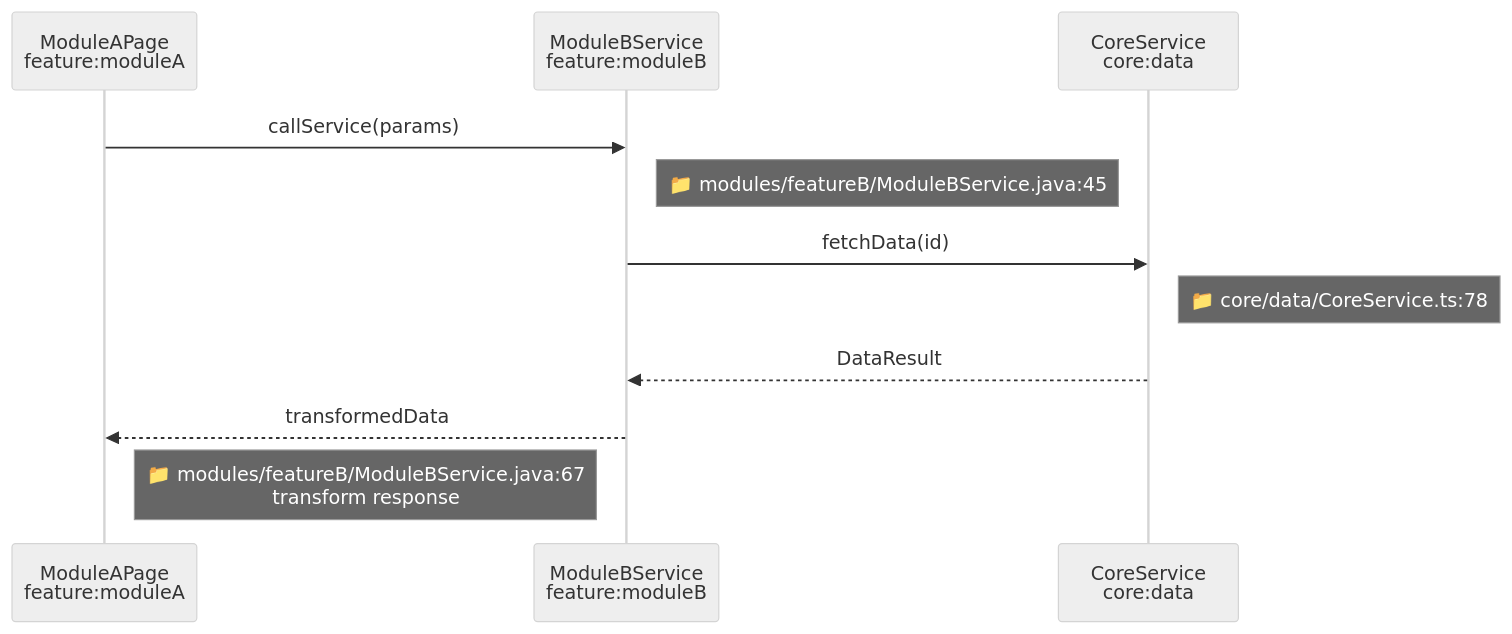
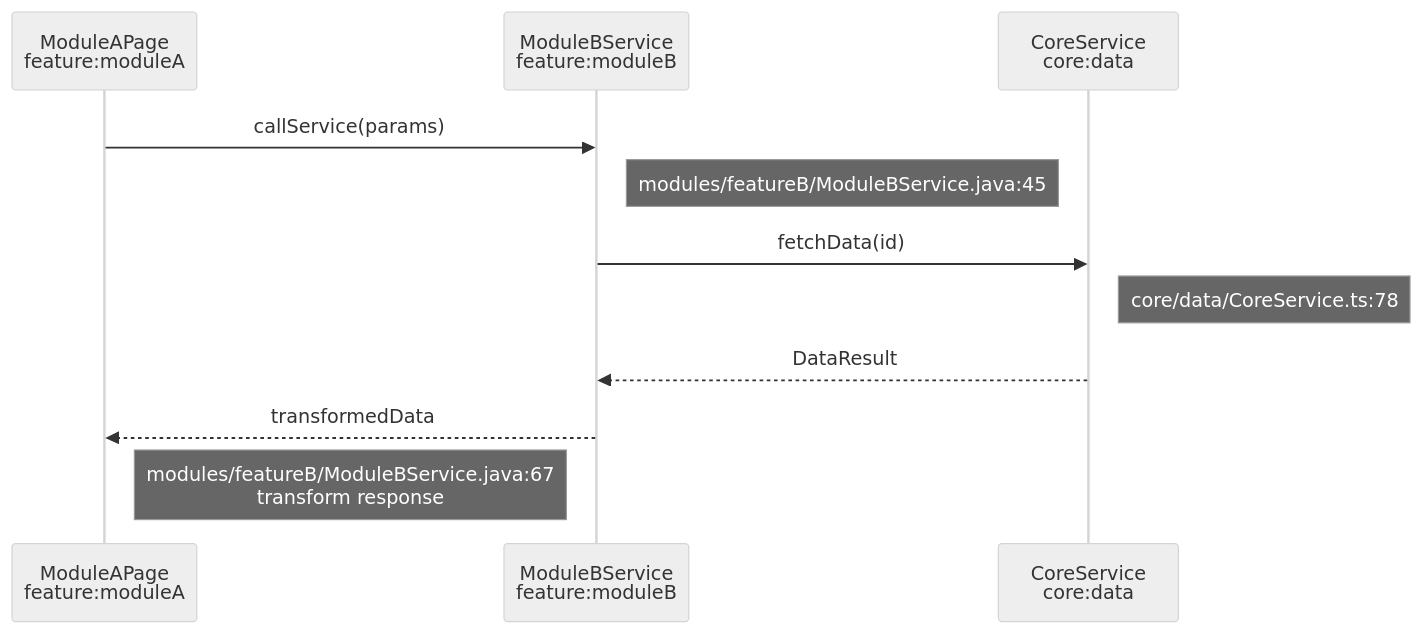
Before and after one commit to CaostGrace/project-arch-reverse: the eighth of 12 diagrams in references/template.md, drawn with Mermaid (neutral theme). The commit also changed other lines of this file and 10 other files, not shown here.

Commit message:
fix: 修复 12.1 流程图 Mermaid 渲染问题 - 结构重组+节点引号+形状修复

````diff
--- a/references/template.md
+++ b/references/template.md
@@ -429,14 +442,14 @@
 ```mermaid
 sequenceDiagram
-    participant ModuleA as ModuleAPage<br/>feature:moduleA
-    participant ModuleB as ModuleBService<br/>feature:moduleB
-    participant Core as CoreService<br/>core:data
+    participant ModuleA as ModuleAPage<br>feature:moduleA
+    participant ModuleB as ModuleBService<br>feature:moduleB
+    participant Core as CoreService<br>core:data
 
     ModuleA->>ModuleB: callService(params)
-    Note right of ModuleB: 📁 modules/featureB/ModuleBService.java:45
+    Note right of ModuleB:  modules/featureB/ModuleBService.java:45
     ModuleB->>Core: fetchData(id)
-    Note right of Core: 📁 core/data/CoreService.ts:78
+    Note right of Core:  core/data/CoreService.ts:78
     Core-->>ModuleB: DataResult
     ModuleB-->>ModuleA: transformedData
-    Note left of ModuleB: 📁 modules/featureB/ModuleBService.java:67<br/>transform response
+    Note left of ModuleB:  modules/featureB/ModuleBService.java:67<br>transform response
 ```
````
